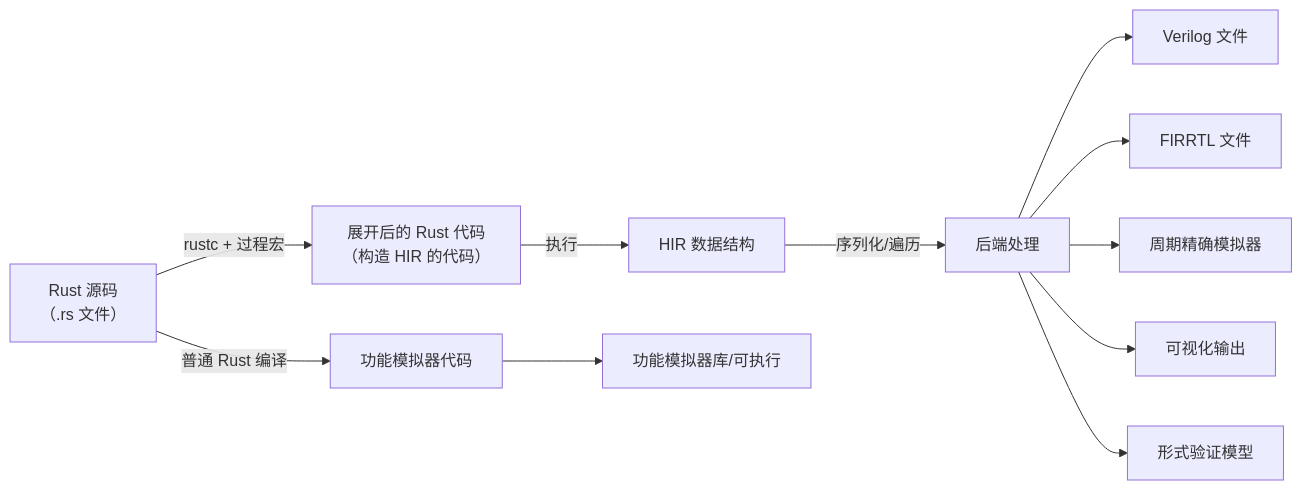
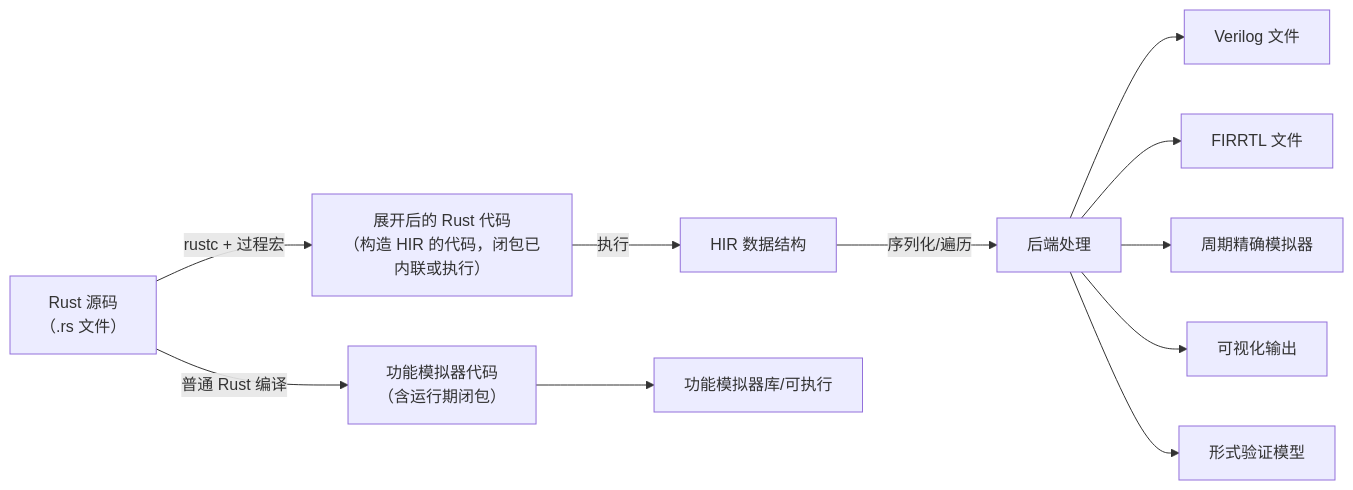
One commit to TangCan/bitloom changed the second of 18 diagrams in docs/requirements/4. 整体架构与工作流.md. Above: the diagram before and after it, drawn with Mermaid. The commit also changed other lines of this file and 17 other files, not shown here.

````diff
--- a/docs/requirements/4. 整体架构与工作流.md
+++ b/docs/requirements/4. 整体架构与工作流.md
@@ -63,14 +66,13 @@
 ```mermaid
 flowchart LR
-    A[Rust 源码<br>（.rs 文件）] -->|rustc + 过程宏| B[展开后的 Rust 代码<br>（构造 HIR 的代码）]
+    A[Rust 源码<br>（.rs 文件）] -->|rustc + 过程宏| B[展开后的 Rust 代码<br>（构造 HIR 的代码，闭包已内联或执行）]
     B -->|执行| C[HIR 数据结构]
-    A -->|普通 Rust 编译| G[功能模拟器代码]
+    A -->|普通 Rust 编译| G[功能模拟器代码<br>（含运行期闭包）]
     C -->|序列化/遍历| D[后端处理]
     D --> E[Verilog 文件]
     D --> F[FIRRTL 文件]
     D --> H[周期精确模拟器]
     D --> I[可视化输出]
     D --> J[形式验证模型]
     G --> K[功能模拟器库/可执行]
-
 ```
````
